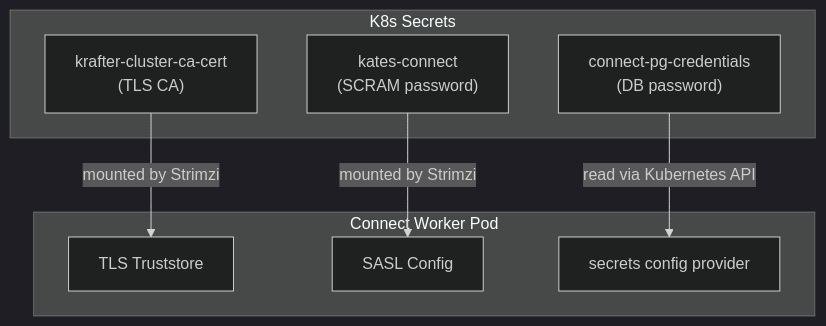
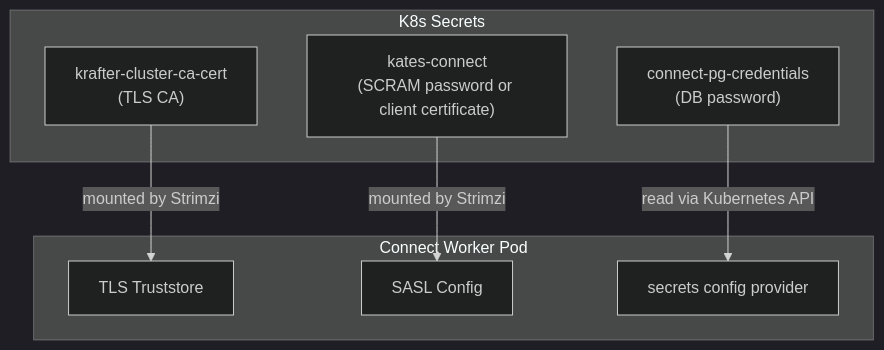
The fifth of 5 diagrams in docs/book/operating-kafka-connect.md (actions-marketplace-validations/bmscomp_kates), drawn with Mermaid (dark theme) before and after one commit. The commit also changed other lines of this file and 284 other files, not shown here.

````diff
--- a/docs/book/operating-kafka-connect.md
+++ b/docs/book/operating-kafka-connect.md
@@ -355,18 +398,18 @@
 ```mermaid
 graph TB
     subgraph K8s Secrets
         S1["krafter-cluster-ca-cert<br/>(TLS CA)"] 
-        S2["kates-connect<br/>(SCRAM password)"]
+        S2["kates-connect<br/>(SCRAM password or client certificate)"]
         S3["connect-pg-credentials<br/>(DB password)"]
     end
 
     subgraph Connect Worker Pod
         TLS["TLS Truststore"]
         SASL["SASL Config"]
         PROV["secrets config provider"]
     end
 
     S1 -->|"mounted by Strimzi"| TLS
     S2 -->|"mounted by Strimzi"| SASL
     S3 -->|"read via Kubernetes API"| PROV
 ```
````
